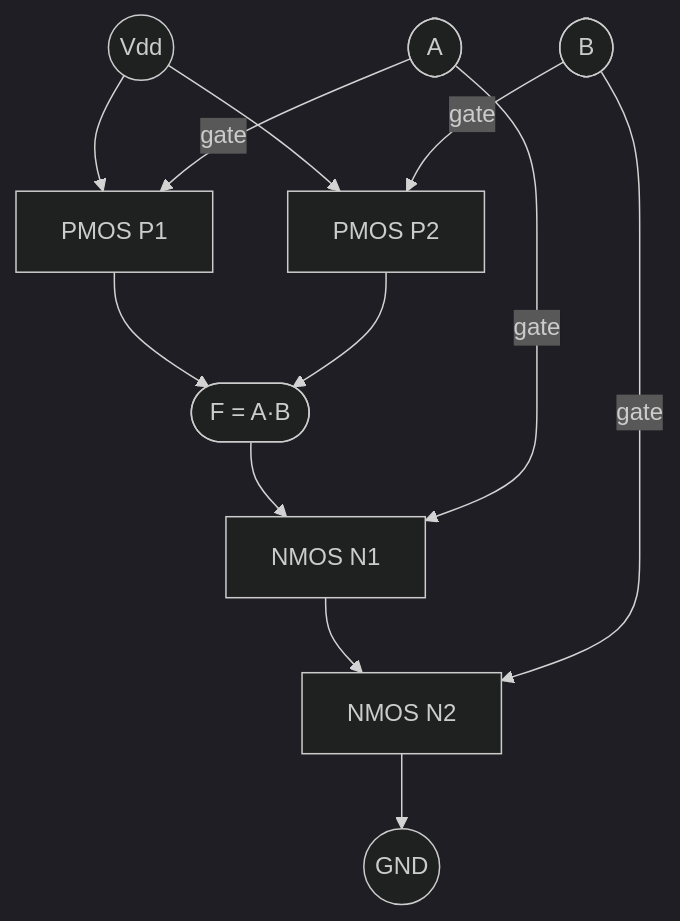
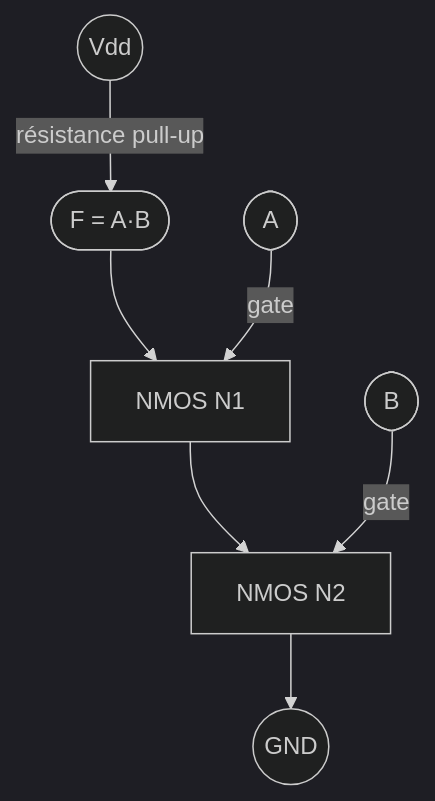
The third of 3 diagrams in 4.ASM/.prep/logic_gates/README.md (CollegeBoreal/INF1042-203-25A-04), drawn with Mermaid (dark theme) before and after one commit.

````diff
--- a/4.ASM/.prep/logic_gates/README.md
+++ b/4.ASM/.prep/logic_gates/README.md
@@ -36,32 +36,24 @@
 ```mermaid
 graph TD
     %% Entrées
     A([A])
     B([B])
     F([F = A·B])
     Vdd((Vdd))
     GND((GND))
 
-    %% Transistors PMOS (pull-up)
-    P1[PMOS P1]
-    P2[PMOS P2]
-
-    %% Transistors NMOS (pull-down)
+    %% Transistors NMOS (pull-down en série)
     N1[NMOS N1]
     N2[NMOS N2]
 
-    %% Connexions PMOS (en parallèle)
-    Vdd --> P1
-    Vdd --> P2
-    A -->|gate| P1
-    B -->|gate| P2
-    P1 --> F
-    P2 --> F
-
-    %% Connexions NMOS (en série)
+    %% Connexions NMOS
     F --> N1
     N1 --> N2
     N2 --> GND
+
     A -->|gate| N1
     B -->|gate| N2
+
+    %% Pull-up externe
+    Vdd -->|résistance pull-up| F
 ```
````
